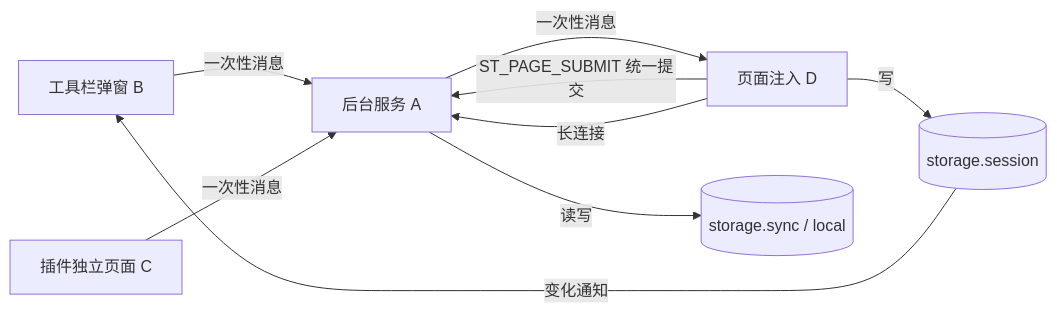
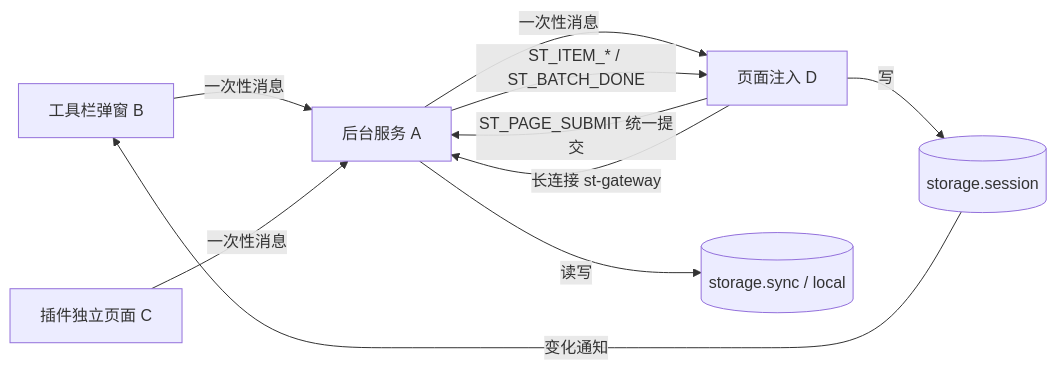
The first of 5 diagrams in docs/项目架构.md (xiaochen0517/simpletrans), drawn with Mermaid before and after one commit. The commit also changed other lines of this file and 25 other files, not shown here.

````diff
--- a/docs/项目架构.md
+++ b/docs/项目架构.md
@@ -504,11 +504,12 @@
 ```mermaid
 flowchart LR
   POP[工具栏弹窗 B] -- 一次性消息 --> BG[后台服务 A]
   OPT[插件独立页面 C] -- 一次性消息 --> BG
   BG -- 一次性消息 --> CS[页面注入 D]
   CS -- ST_PAGE_SUBMIT 统一提交 --> BG
-  CS -- 长连接 --> BG
+  CS -- 长连接 st-gateway --> BG
+  BG -- ST_ITEM_* / ST_BATCH_DONE --> CS
   CS -- 写 --> SS[(storage.session)]
   SS -- 变化通知 --> POP
   BG -- 读写 --> ST[(storage.sync / local)]
 ```
````
